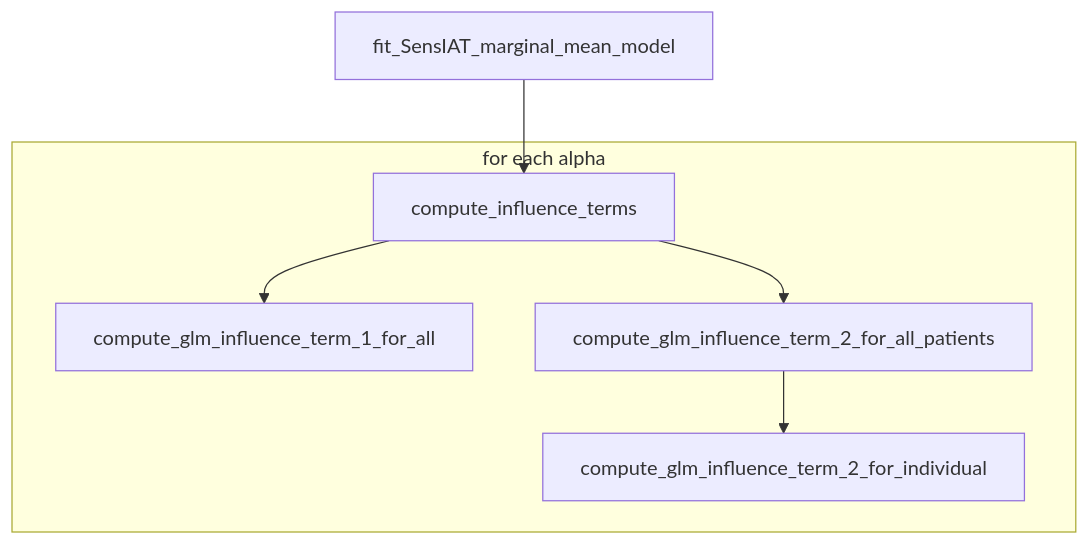
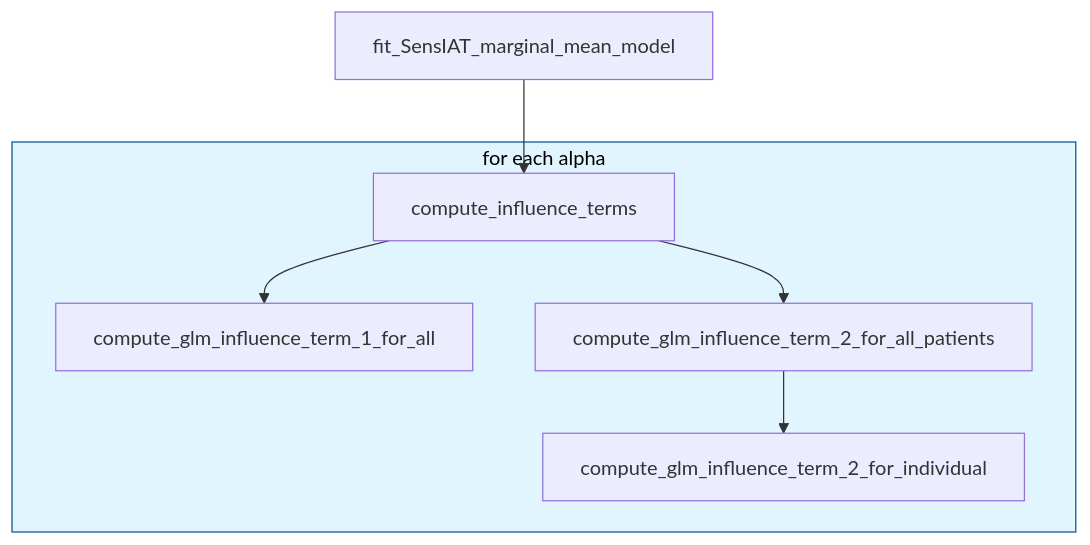
One commit to UofUEpiBio/SensIAT changed the sixth of 7 diagrams in vignettes/internal-call-graph.qmd. Above: the diagram before and after it, drawn with Mermaid. The commit also changed other lines of this file and 9 other files, not shown here.

````diff
--- a/vignettes/internal-call-graph.qmd
+++ b/vignettes/internal-call-graph.qmd
@@ -124,9 +127,10 @@
 ```{mermaid}
 graph TD
   fit_SensIAT_marginal_mean_model --> compute_influence_terms
   subgraph one["for each alpha"]
     compute_influence_terms --> compute_glm_influence_term_1_for_all
     compute_influence_terms --> compute_glm_influence_term_2_for_all_patients
     compute_glm_influence_term_2_for_all_patients --> compute_glm_influence_term_2_for_individual
   end
+style one fill:#e1f5ff,stroke:#01579b,color:#000
 ```
````
